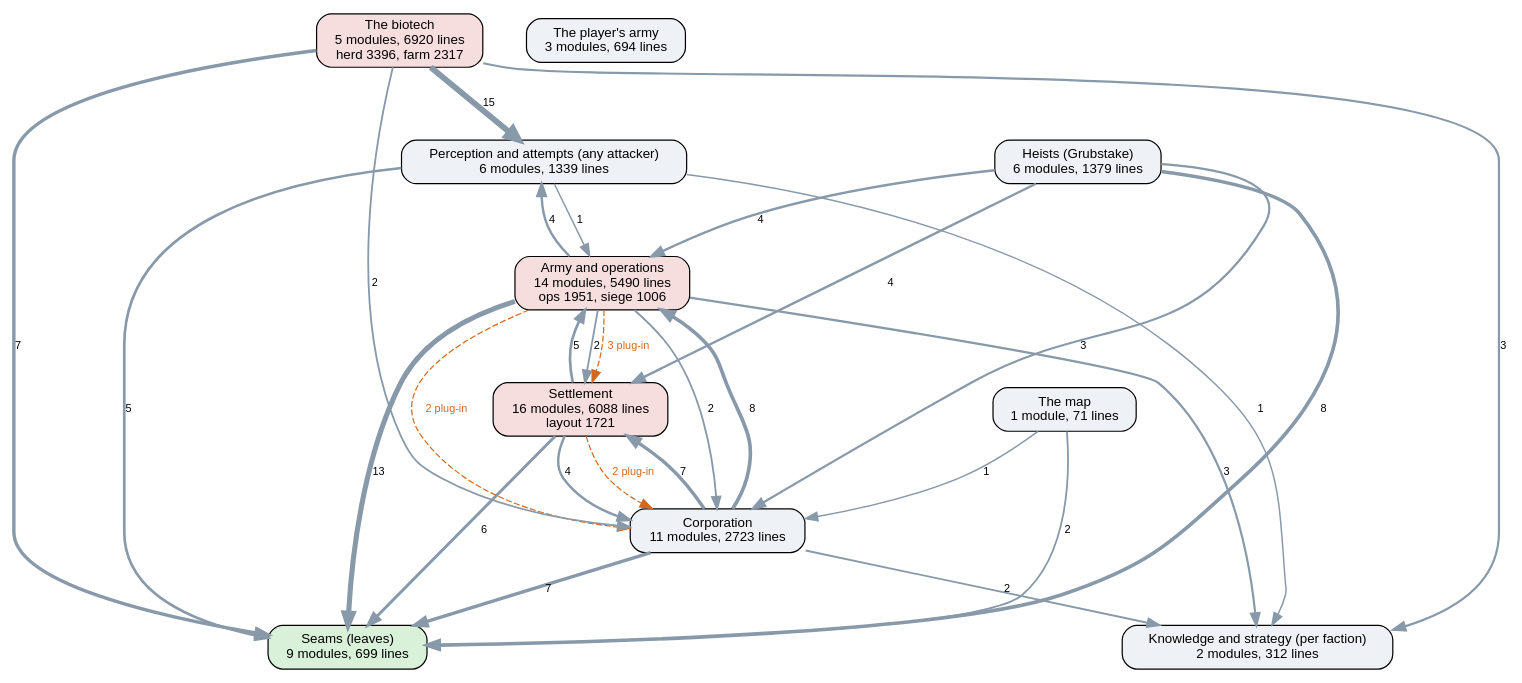
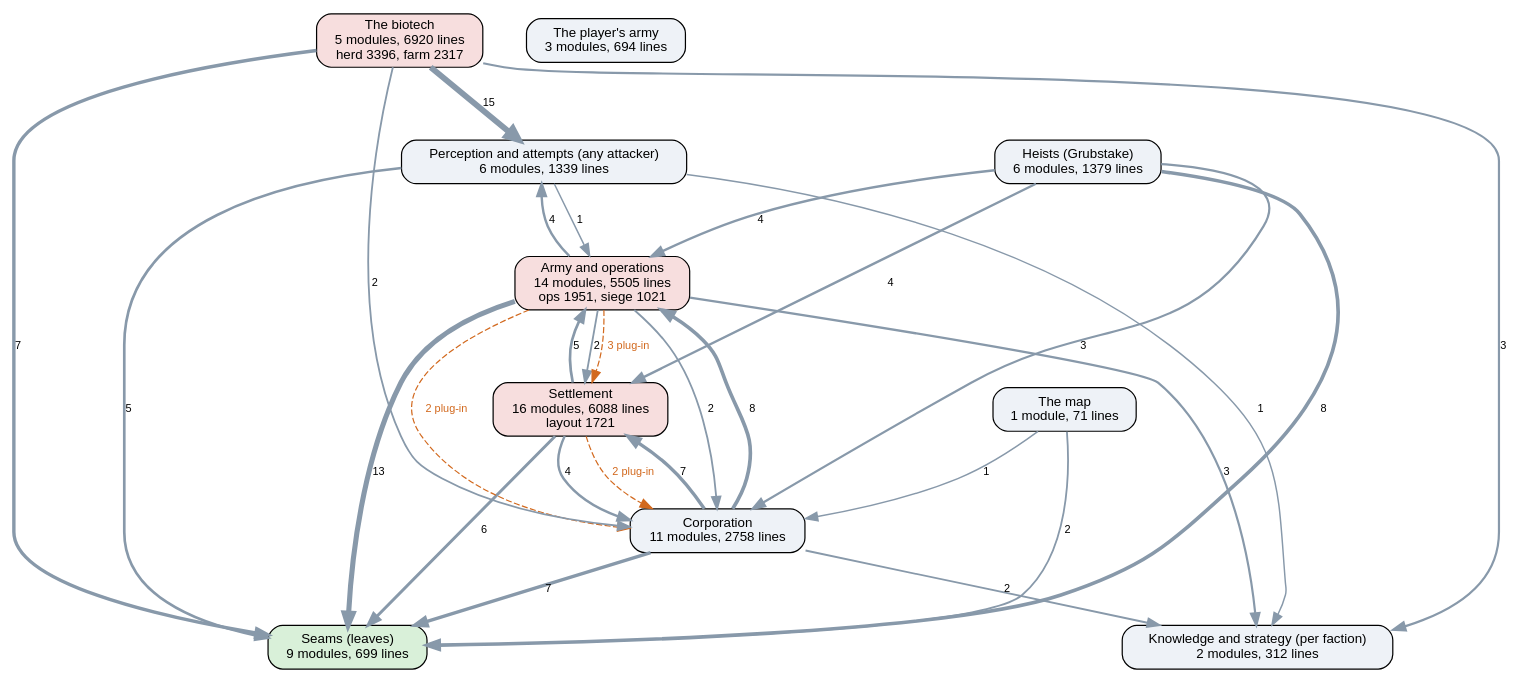
One commit to kinelhu/landing-party changed the diagram in docs/ai-layers.dot. Above: the diagram before and after it, drawn with Graphviz. The commit also changed 13 other files, not shown here.

```diff
--- a/docs/ai-layers.dot
+++ b/docs/ai-layers.dot
@@ -1,43 +1,43 @@
 digraph layers {
   graph [rankdir=TB, fontname="Helvetica", nodesep=0.5, ranksep=0.7];
   node [shape=box, style="rounded,filled", fontname="Helvetica", fontsize=11, fillcolor="#eef2f7"];
   edge [color="#8899aa", fontname="Helvetica", fontsize=9];
   "Seams (leaves)" [label="Seams (leaves)\n9 modules, 699 lines", fillcolor="#d9f0d9"];
   "Perception and attempts (any attacker)" [label="Perception and attempts (any attacker)\n6 modules, 1339 lines", fillcolor="#eef2f7"];
   "Knowledge and strategy (per faction)" [label="Knowledge and strategy (per faction)\n2 modules, 312 lines", fillcolor="#eef2f7"];
-  "Corporation" [label="Corporation\n11 modules, 2723 lines", fillcolor="#eef2f7"];
+  "Corporation" [label="Corporation\n11 modules, 2758 lines", fillcolor="#eef2f7"];
   "Settlement" [label="Settlement\n16 modules, 6088 lines\nlayout 1721", fillcolor="#f7dede"];
-  "Army and operations" [label="Army and operations\n14 modules, 5490 lines\nops 1951, siege 1006", fillcolor="#f7dede"];
+  "Army and operations" [label="Army and operations\n14 modules, 5505 lines\nops 1951, siege 1021", fillcolor="#f7dede"];
   "Heists (Grubstake)" [label="Heists (Grubstake)\n6 modules, 1379 lines", fillcolor="#eef2f7"];
   "The biotech" [label="The biotech\n5 modules, 6920 lines\nherd 3396, farm 2317", fillcolor="#f7dede"];
   "The map" [label="The map\n1 module, 71 lines", fillcolor="#eef2f7"];
   "The player's army" [label="The player's army\n3 modules, 694 lines", fillcolor="#eef2f7"];
   "Army and operations" -> "Corporation" [label="2", penwidth=1.5];
   "Army and operations" -> "Knowledge and strategy (per faction)" [label="3", penwidth=1.8];
   "Army and operations" -> "Perception and attempts (any attacker)" [label="4", penwidth=2.0];
   "Army and operations" -> "Seams (leaves)" [label="13", penwidth=4.2];
   "Army and operations" -> "Settlement" [label="2", penwidth=1.5];
   "Corporation" -> "Army and operations" [label="8", penwidth=3.0];
   "Corporation" -> "Knowledge and strategy (per faction)" [label="2", penwidth=1.5];
   "Corporation" -> "Seams (leaves)" [label="7", penwidth=2.8];
   "Corporation" -> "Settlement" [label="7", penwidth=2.8];
   "Heists (Grubstake)" -> "Army and operations" [label="4", penwidth=2.0];
   "Heists (Grubstake)" -> "Corporation" [label="3", penwidth=1.8];
   "Heists (Grubstake)" -> "Seams (leaves)" [label="8", penwidth=3.0];
   "Heists (Grubstake)" -> "Settlement" [label="4", penwidth=2.0];
   "Perception and attempts (any attacker)" -> "Army and operations" [label="1", penwidth=1.2];
   "Perception and attempts (any attacker)" -> "Knowledge and strategy (per faction)" [label="1", penwidth=1.2];
   "Perception and attempts (any attacker)" -> "Seams (leaves)" [label="5", penwidth=2.2];
   "Settlement" -> "Army and operations" [label="5", penwidth=2.2];
   "Settlement" -> "Corporation" [label="4", penwidth=2.0];
   "Settlement" -> "Seams (leaves)" [label="6", penwidth=2.5];
   "The biotech" -> "Corporation" [label="2", penwidth=1.5];
   "The biotech" -> "Knowledge and strategy (per faction)" [label="3", penwidth=1.8];
   "The biotech" -> "Perception and attempts (any attacker)" [label="15", penwidth=4.8];
   "The biotech" -> "Seams (leaves)" [label="7", penwidth=2.8];
   "The map" -> "Corporation" [label="1", penwidth=1.2];
   "The map" -> "Seams (leaves)" [label="2", penwidth=1.5];
   "Army and operations" -> "Corporation" [style=dashed, color="#d2691e", fontcolor="#d2691e", label="2 plug-in"];
   "Army and operations" -> "Settlement" [style=dashed, color="#d2691e", fontcolor="#d2691e", label="3 plug-in"];
   "Settlement" -> "Corporation" [style=dashed, color="#d2691e", fontcolor="#d2691e", label="2 plug-in"];
 }
```
